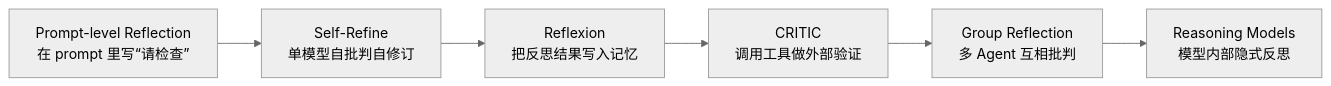
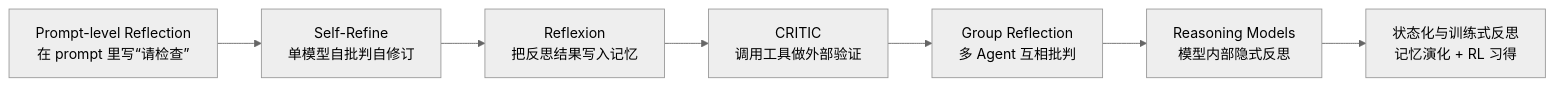
One commit to cypggs/AI_Infra_Handbook changed the diagram in docs/05-agent/reflection/01-background.md. Above: the diagram before and after it, drawn with Mermaid (neutral theme). The commit also changed other lines of this file and 10 other files, not shown here.

````diff
--- a/docs/05-agent/reflection/01-background.md
+++ b/docs/05-agent/reflection/01-background.md
@@ -51,14 +51,16 @@
 ```mermaid
 flowchart LR
     A[Prompt-level Reflection
     在 prompt 里写“请检查”] --> B[Self-Refine
     单模型自批判自修订]
     B --> C[Reflexion
     把反思结果写入记忆]
     C --> D[CRITIC
     调用工具做外部验证]
     D --> E[Group Reflection
     多 Agent 互相批判]
     E --> F[Reasoning Models
     模型内部隐式反思]
+    F --> G[状态化与训练式反思
+    记忆演化 + RL 习得]
 ```
````
